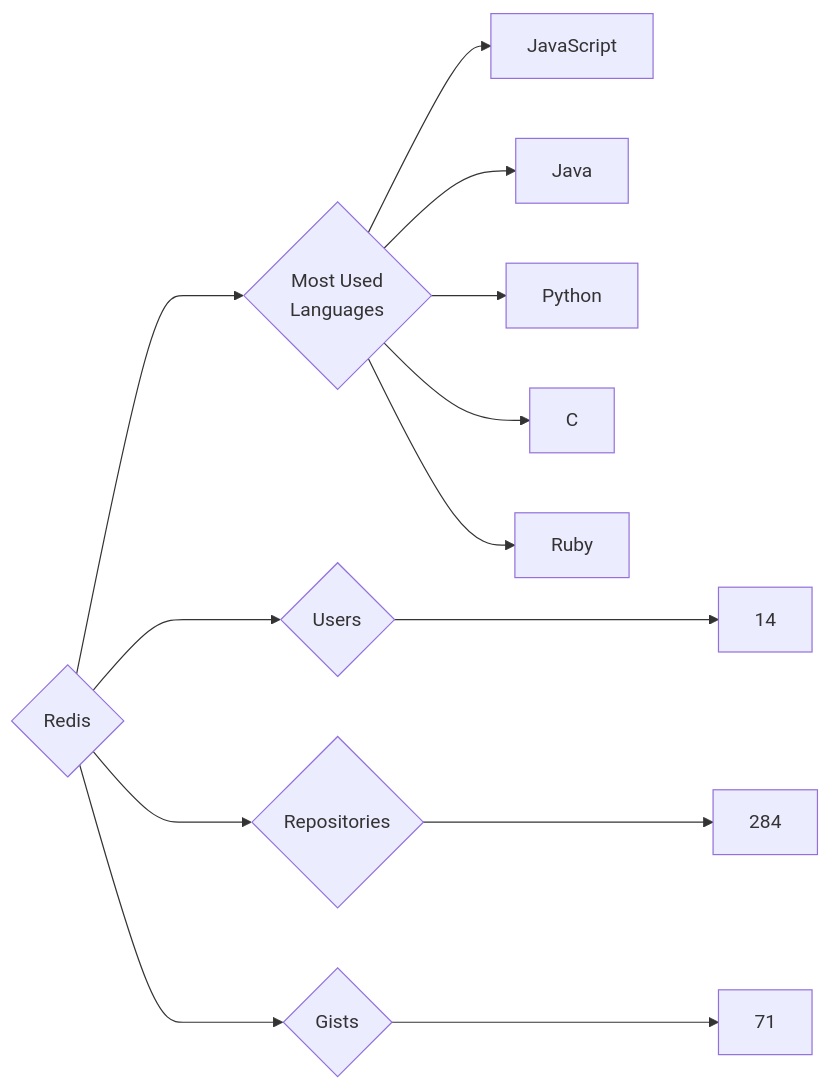
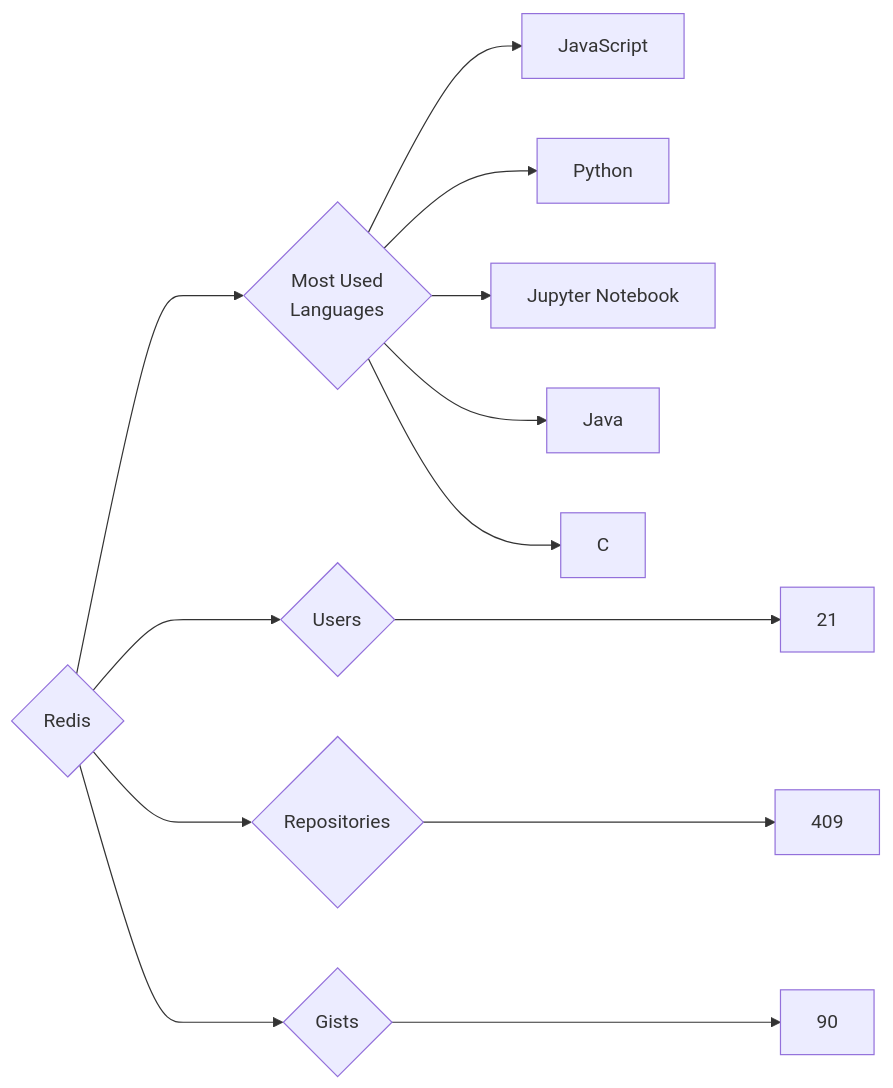
Before and after one commit to trickest/insiders: the diagram in targets/Redis/README.md, drawn with Mermaid. The commit also changed 928 other files, not shown here.

````diff
--- a/targets/Redis/README.md
+++ b/targets/Redis/README.md
@@ -3,13 +3,13 @@
 ```mermaid
 graph LR
 COMPANY_NAME{Redis}
-COMPANY_NAME ---> U{Users} ---> UN[14]
-COMPANY_NAME ---> R{Repositories} ---> RN[284]
-COMPANY_NAME ---> G{Gists} ---> GN[71]
+COMPANY_NAME ---> U{Users} ---> UN[21]
+COMPANY_NAME ---> R{Repositories} ---> RN[409]
+COMPANY_NAME ---> G{Gists} ---> GN[90]
 COMPANY_NAME ---> ML{Most Used<br>Languages}
 ML --> JavaScript[JavaScript]
+ML --> Python[Python]
+ML --> Jupyter_Notebook[Jupyter Notebook]
 ML --> Java[Java]
-ML --> Python[Python]
 ML --> C[C]
-ML --> Ruby[Ruby]
 ```
````
